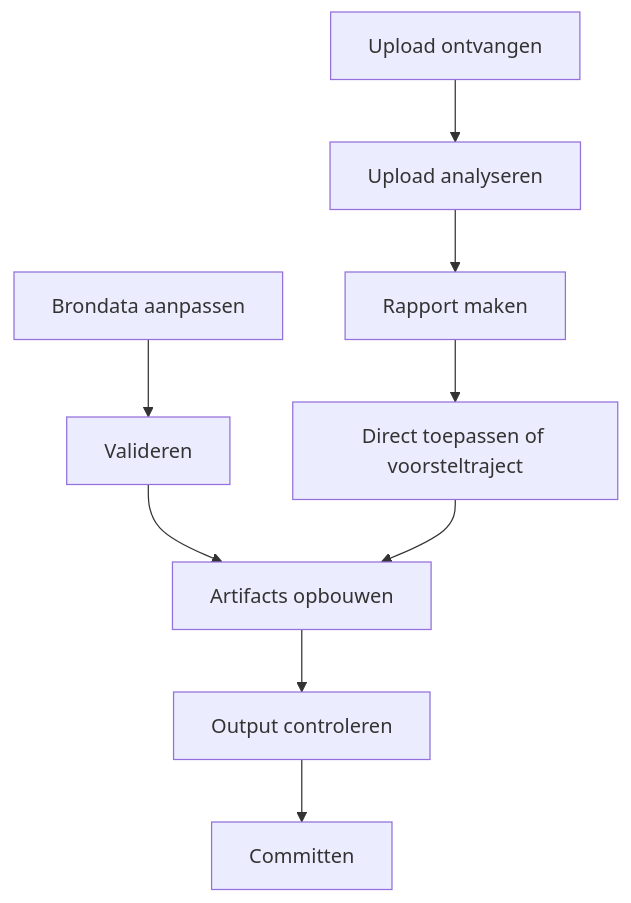
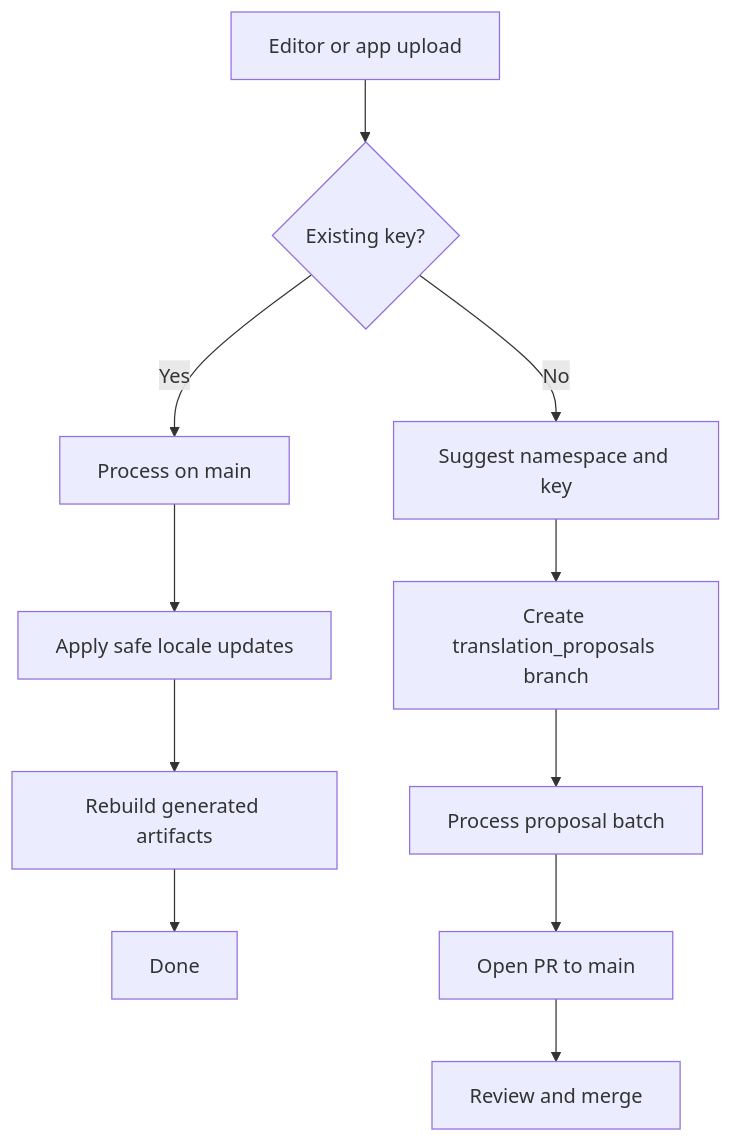
One commit to PRAxISDEVELOPMENT/mypraxis_translation_keys changed the first of 3 diagrams in README.md. Above: the diagram before and after it, drawn with Mermaid. The commit also changed other lines of this file and 11 other files, not shown here.

````diff
--- a/README.md
+++ b/README.md
@@ -95,12 +68,13 @@
 ```mermaid
 flowchart TD
-    A[Brondata aanpassen] --> B[Valideren]
-    B --> C[Artifacts opbouwen]
-    C --> D[Output controleren]
-    D --> E[Committen]
-
-    F[Upload ontvangen] --> G[Upload analyseren]
-    G --> H[Rapport maken]
-    H --> I[Direct toepassen of voorsteltraject]
-    I --> C
+    A[Editor or app upload] --> B{Existing key?}
+    B -- Yes --> C[Process on main]
+    C --> D[Apply safe locale updates]
+    D --> E[Rebuild generated artifacts]
+    E --> F[Done]
+    B -- No --> G[Suggest namespace and key]
+    G --> H[Create translation_proposals branch]
+    H --> I[Process proposal batch]
+    I --> J[Open PR to main]
+    J --> K[Review and merge]
 ```
````
